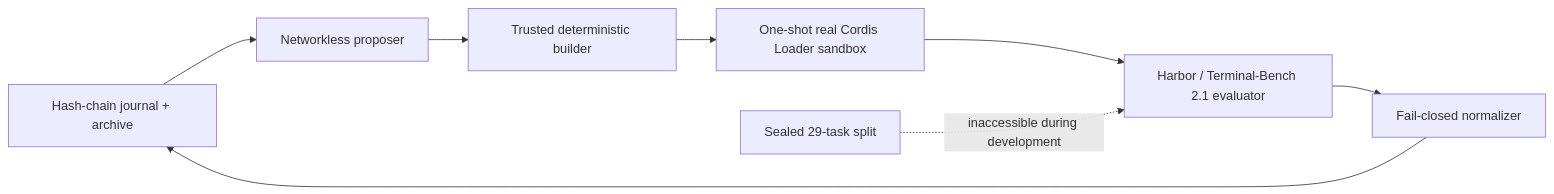
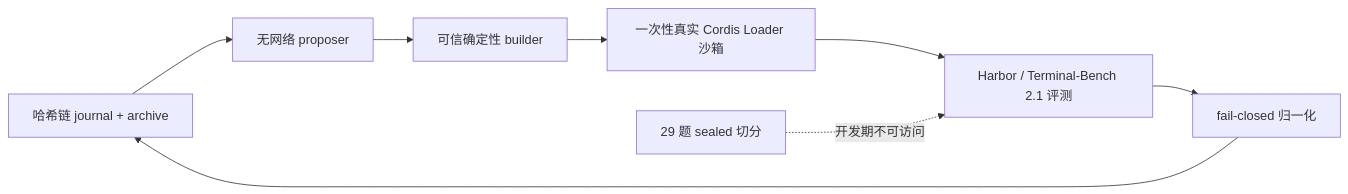
One commit to xingye12/dsh-evolve-le changed the diagram in README.md. Above: the diagram before and after it, drawn with Mermaid. The commit also changed other lines of this file and 23 other files, not shown here.

````diff
--- a/README.md
+++ b/README.md
@@ -27,10 +21,10 @@
 ```mermaid
 flowchart LR
-  J[Hash-chain journal + archive] --> P[Networkless proposer]
-  P --> B[Trusted deterministic builder]
-  B --> L[One-shot real Cordis Loader sandbox]
-  L --> H[Harbor / Terminal-Bench 2.1 evaluator]
-  H --> N[Fail-closed normalizer]
+  J[哈希链 journal + archive] --> P[无网络 proposer]
+  P --> B[可信确定性 builder]
+  B --> L[一次性真实 Cordis Loader 沙箱]
+  L --> H[Harbor / Terminal-Bench 2.1 评测]
+  H --> N[fail-closed 归一化]
   N --> J
-  S[Sealed 29-task split] -. inaccessible during development .-> H
+  S[29 题 sealed 切分] -. 开发期不可访问 .-> H
 ```
````
